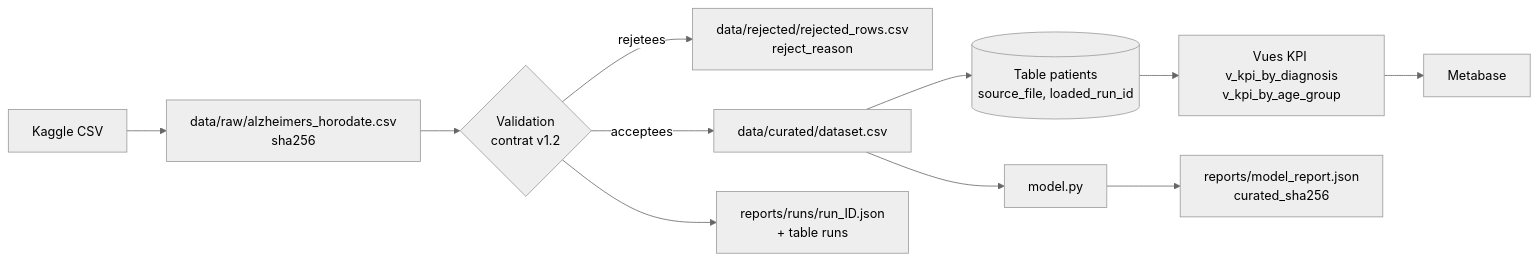
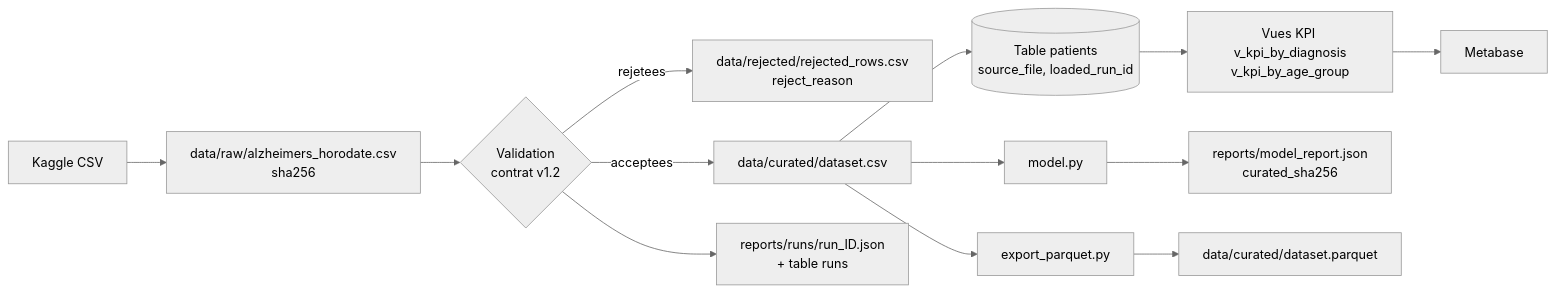
One commit to WiemBenMsahel/personal-data-collector changed the first of 3 diagrams in docs/lineage.md. Above: the diagram before and after it, drawn with Mermaid (neutral theme). The commit also changed other lines of this file and 1 other file, not shown here.

Commit message:
Docs : lignage Parquet et DAG, incidents PubMed, DAG et fraicheur

````diff
--- a/docs/lineage.md
+++ b/docs/lineage.md
@@ -5,12 +5,13 @@
 ```mermaid
 flowchart LR
     K[Kaggle CSV] --> R[data/raw/alzheimers_horodate.csv<br/>sha256]
     R --> V{Validation<br/>contrat v1.2}
     V -->|rejetees| J[data/rejected/rejected_rows.csv<br/>reject_reason]
     V -->|acceptees| C[data/curated/dataset.csv]
     C --> P[(Table patients<br/>source_file, loaded_run_id)]
     P --> G[Vues KPI v_kpi_by_diagnosis<br/>v_kpi_by_age_group]
     G --> M[Metabase]
     C --> ML[model.py] --> MR[reports/model_report.json<br/>curated_sha256]
+    C --> EP[export_parquet.py] --> PQ[data/curated/dataset.parquet]
     V --> RP[reports/runs/run_ID.json<br/>+ table runs]
 ```
````
